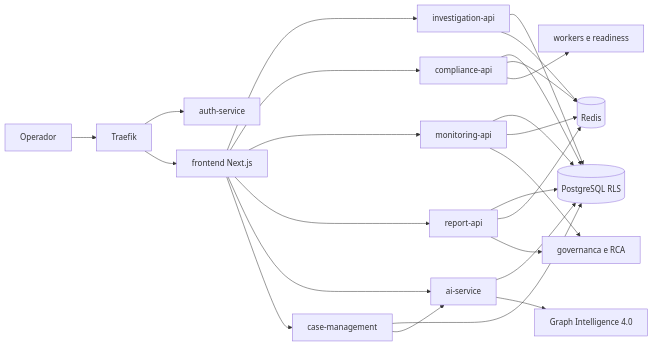
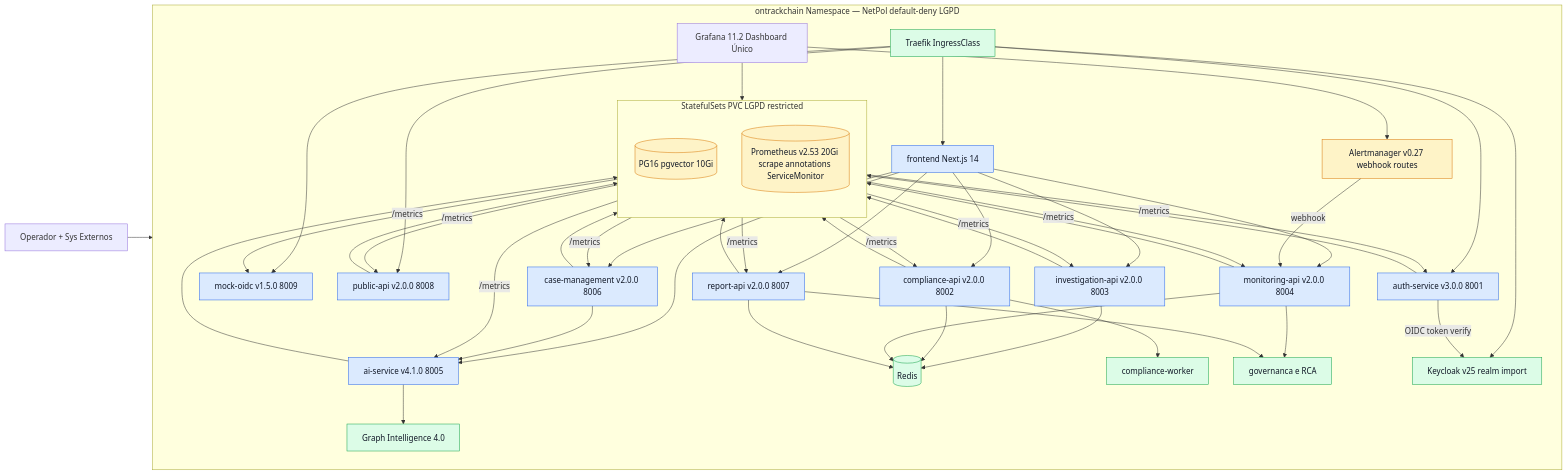
The first of 3 diagrams in ontrackchain/README.md (Jistriane/Ontrackchain), drawn with Mermaid before and after one commit. The commit also changed other lines of this file and 4 other files, not shown here.

````diff
--- a/ontrackchain/README.md
+++ b/ontrackchain/README.md
@@ -63,27 +63,62 @@
 ```mermaid
 flowchart LR
-    U[Operador] --> T[Traefik]
-    T --> A[auth-service]
-    T --> F[frontend Next.js]
-    F --> I[investigation-api]
-    F --> C[compliance-api]
-    F --> M[monitoring-api]
-    F --> R[report-api]
-    F --> AI[ai-service]
-    F --> CM[case-management]
-    I --> P[(PostgreSQL RLS)]
-    C --> P
-    M --> P
-    R --> P
-    AI --> P
-    CM --> P
-    I --> X[(Redis)]
-    C --> X
-    M --> X
-    R --> X
-    C --> CW[workers e readiness]
-    M --> GW[governanca e RCA]
-    R --> GW
-    AI --> GE[Graph Intelligence 4.0]
-    CM --> AI
+    U[Operador + Sys Externos] --> TF[Traefik IngressClass]
+    subgraph K8s_NS[ontrackchain Namespace — NetPol default-deny LGPD]
+      direction TB
+      TF --> A[auth-service v3.0.0 8001]
+      TF --> MO[mock-oidc v1.5.0 8009]
+      TF --> F[frontend Next.js 14]
+      TF --> PA[public-api v2.0.0 8008]
+      F --> I[investigation-api v2.0.0 8003]
+      F --> C[compliance-api v2.0.0 8002]
+      F --> M[monitoring-api v2.0.0 8004]
+      F --> R[report-api v2.0.0 8007]
+      F --> AI[ai-service v4.1.0 8005]
+      F --> CM[case-management v2.0.0 8006]
+      I --> X[(Redis)]
+      C --> X
+      M --> X
+      R --> X
+      C --> CW[compliance-worker]
+      subgraph StatefulSets[StatefulSets PVC LGPD restricted]
+        direction TB
+        P[(PG16 pgvector 10Gi)]
+        PR[(Prometheus v2.53 20Gi scrape annotations ServiceMonitor)]
+      end
+      G[Grafana 11.2 Dashboard Único]
+      AM[Alertmanager v0.27 webhook routes]
+      KC[Keycloak v25 realm import]
+      I --> P
+      C --> P
+      M --> P
+      R --> P
+      AI --> P
+      CM --> P
+      PA --> P
+      A --> P
+      AM -->|webhook| M
+      PR -->|/metrics| A
+      PR -->|/metrics| PA
+      PR -->|/metrics| I
+      PR -->|/metrics| C
+      PR -->|/metrics| M
+      PR -->|/metrics| R
+      PR -->|/metrics| AI
+      PR -->|/metrics| CM
+      PR -->|/metrics| MO
+      G --> PR
+      G --> AM
+      CM --> AI
+      M --> GW[governanca e RCA]
+      R --> GW
+      AI --> GE[Graph Intelligence 4.0]
+      TF --> KC
+      A -->|OIDC token verify| KC
+    end
+    classDef svc fill:#dbeafe,stroke:#2563eb,color:#111827;
+    classDef infra fill:#dcfce7,stroke:#16a34a,color:#111827;
+    classDef stateful fill:#fef3c7,stroke:#d97706,color:#111827;
+    class A,MO,PA,I,C,M,R,AI,CM,F svc;
+    class TF,X,CW,GW,GE,KC infra;
+    class P,PR,AM stateful;
 ```
````
